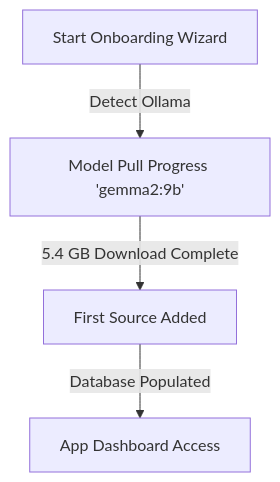
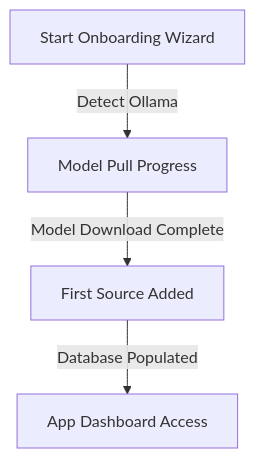
The sixth of 6 diagrams in docs/architecture.md (scottconverse/CivicNewspaper), drawn with Mermaid before and after one commit. The commit also changed other lines of this file and 2 other files, not shown here.

Commit message:
fix(v0.2.2): WB-1 Adopt universal-binary reality for macOS and remove darwin special-case

````diff
--- a/docs/architecture.md
+++ b/docs/architecture.md
@@ -137,6 +137,6 @@
 ```mermaid
 graph TD
-    WizardSteps[Start Onboarding Wizard] -->|Detect Ollama| ModelPull[Model Pull Progress 'gemma2:9b']
-    ModelPull -->|5.4 GB Download Complete| FirstSource[First Source Added]
+    WizardSteps[Start Onboarding Wizard] -->|Detect Ollama| ModelPull[Model Pull Progress]
+    ModelPull -->|Model Download Complete| FirstSource[First Source Added]
     FirstSource -->|Database Populated| Dashboard[App Dashboard Access]
 ```
````
